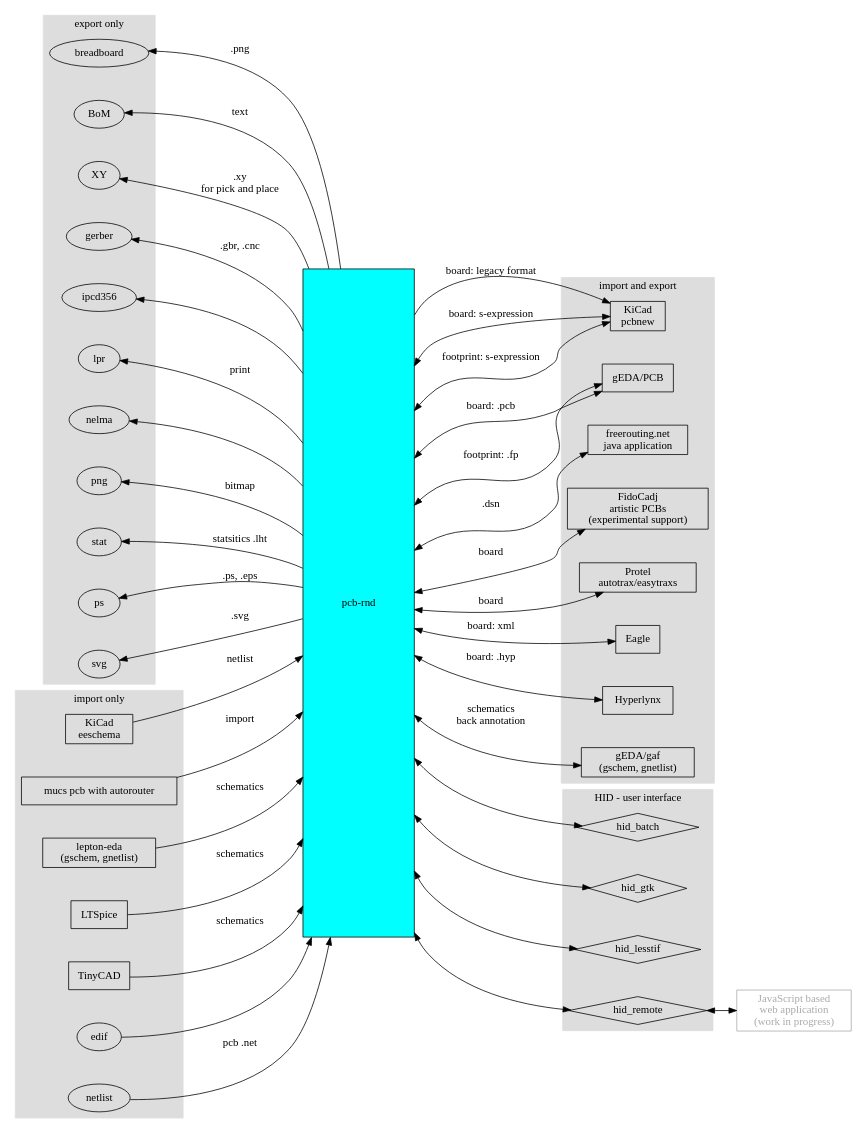
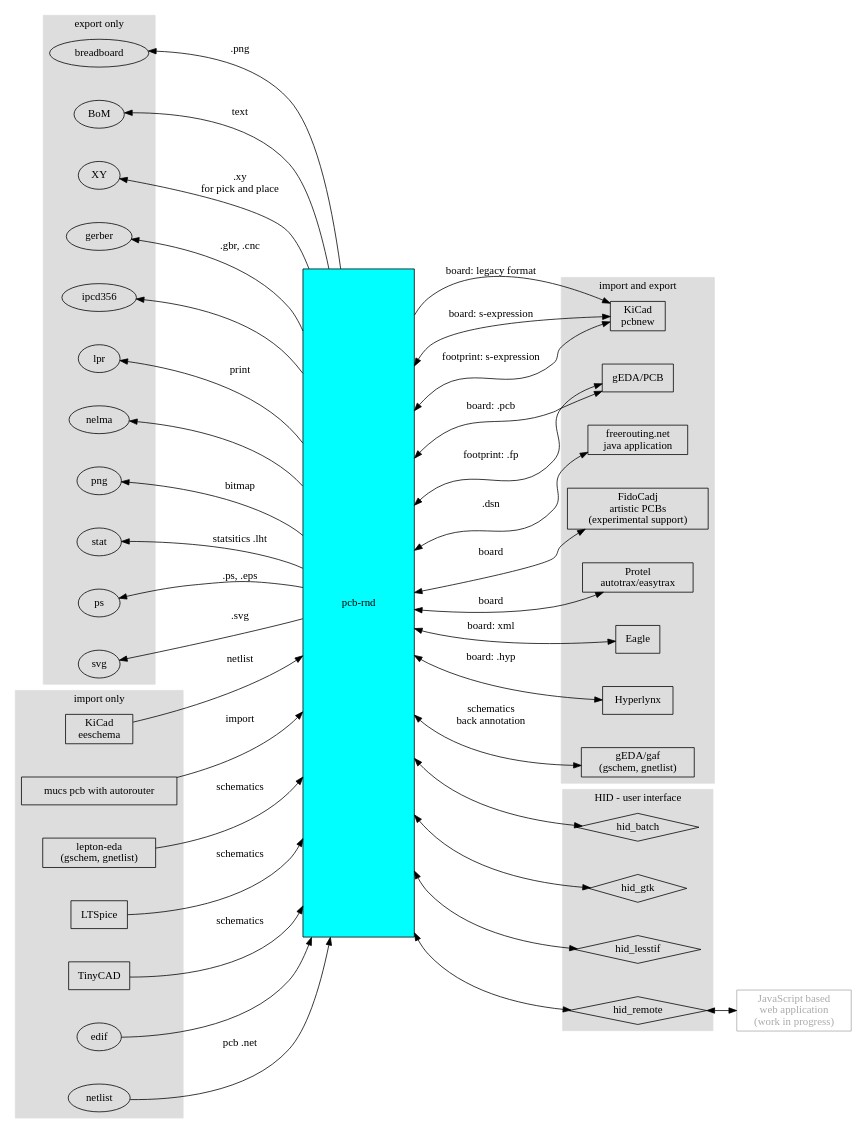
One commit to NoSuchProcess/pcb-rnd changed the diagram in doc/developer/bridges/bridges.dot. Above: the diagram before and after it, drawn with Graphviz.

Commit message:
[doc] -Fix: typo

```diff
--- a/doc/developer/bridges/bridges.dot
+++ b/doc/developer/bridges/bridges.dot
@@ -1,122 +1,122 @@
 digraph gr {
 	rankdir=LR
 	nodesep=0.6
 	
 	pcbrnd [label="pcb-rnd" style=filled fillcolor=cyan shape=box height=12 width=2]
 	kicad [label="KiCad\npcbnew" shape=box]
 	eeschema [label="KiCad\neeschema" shape=box]
 	pcb [label="gEDA/PCB" shape=box]
 	freerouting [label="freerouting.net\njava application" shape=box]
 	mucs [label="mucs pcb with autorouter" shape=box]
 	gEDA [label="gEDA/gaf\n(gschem, gnetlist)" shape=box]
 	lepton [label="lepton-eda\n(gschem, gnetlist)" shape=box]
 	ltspice [label="LTSpice" shape=box]
 	tinycad [label="TinyCAD" shape=box]
 	web [label="JavaScript based\nweb application\n(work in progress)" shape=box color="#aaaaaa" fontcolor="#aaaaaa"]
 	fidocadj [label="FidoCadj\nartistic PCBs\n(experimental support)" shape=box]
-	autotrax [label="Protel\nautotrax/easytraxs\n" shape=box]
+	autotrax [label="Protel\nautotrax/easytrax\n" shape=box]
 	eagle [label="Eagle" shape=box]
 	hyp [label="Hyperlynx" shape=box]
 
 	subgraph cluster_HID {
 		label = "HID - user interface"
 		style=filled
 		color="#dddddd"
 
 		batch   [label="hid_batch" shape=diamond]
 		gtk     [label="hid_gtk" shape=diamond]
 		lesstif [label="hid_lesstif" shape=diamond]
 		remote  [label="hid_remote" shape=diamond]
 	}
 
 	subgraph cluster_import {
 		label = "import only"
 		style=filled
 		color="#dddddd"
 
 		lepton
 		mucs
 		edif
 		ltspice
 		netlist
 		tinycad
 		eeschema
 	}
 
 	subgraph cluster_export {
 		label = "export only"
 		style=filled
 		color="#dddddd"
 
 		breadboard
 		BoM
 		XY
 		gerber
 		ipcd356
 		lpr
 		nelma
 		png
 		ps
 		stat
 		svg
 	}
 
 	subgraph cluster_ie {
 		label = "import and export"
 		style=filled
 		color="#dddddd"
 
 		gEDA
 		kicad
 		pcb
 		freerouting
 		fidocadj
 		autotrax
 		eagle
 		hyp
 	}
 
 	pcbrnd -> kicad [label="board: legacy format"]
 	pcbrnd -> kicad [label="board: s-expression" dir=both]
 	pcbrnd -> kicad [label="footprint: s-expression" dir=both]
 	pcbrnd -> fidocadj [label="board" dir=both]
 	pcbrnd -> autotrax [label="board" dir=both]
 	pcbrnd -> eagle [label="board: xml" dir=both]
 	pcbrnd -> hyp [label="board: .hyp" dir=both]
 
 	eeschema -> pcbrnd [label="netlist"]
 
 	pcbrnd -> pcb [label="board: .pcb" dir=both]
 	pcbrnd -> pcb [label="footprint: .fp" dir=both]
 
 	pcbrnd -> freerouting [label=".dsn" dir=both]
 	mucs -> pcbrnd [label="import"]
 
 	pcbrnd -> breadboard [label=".png"]
 	pcbrnd -> BoM [label="text"]
 	pcbrnd -> XY [label=".xy\nfor pick and place"]
 	pcbrnd -> gerber [label=".gbr, .cnc"]
 	pcbrnd -> ipcd356
 	pcbrnd -> lpr [label="print"]
 	pcbrnd -> nelma
 	pcbrnd -> png [label="bitmap"]
 	pcbrnd -> ps [label=".ps, .eps"]
 	pcbrnd -> stat [label="statsitics .lht"]
 	pcbrnd -> svg [label=".svg"]
 
 	edif -> pcbrnd
 	ltspice -> pcbrnd [label="schematics"]
 	netlist -> pcbrnd [label="pcb .net"]
 	lepton -> pcbrnd [label="schematics"]
 	gEDA -> pcbrnd [label="schematics\nback annotation" dir=both]
 	tinycad -> pcbrnd [label="schematics"]
 
 	pcbrnd -> batch [dir=both]
 	pcbrnd -> gtk [dir=both]
 	pcbrnd -> lesstif [dir=both]
 	pcbrnd -> remote [dir=both]
 
 	remote -> web [dir=both]
 
 	ps -> pcbrnd [weight=1000 style=invis]
 }
```
